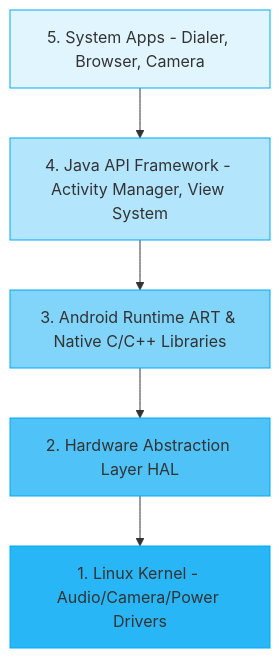
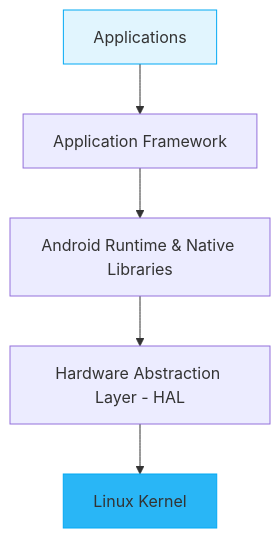
One commit to kaziomarSH24/7th-semester-exam-note changed the diagram in MAD/MAD_Part3_Q36_to_50.md. Above: the diagram before and after it, drawn with Mermaid. The commit also changed other lines of this file and 2 other files, not shown here.

````diff
--- a/MAD/MAD_Part3_Q36_to_50.md
+++ b/MAD/MAD_Part3_Q36_to_50.md
@@ -17,19 +35,10 @@
 ```mermaid
 graph TD
-    A[5. System Apps - Dialer, Browser, Camera]
-    B[4. Java API Framework - Activity Manager, View System]
-    C[3. Android Runtime ART & Native C/C++ Libraries]
-    D[2. Hardware Abstraction Layer HAL]
-    E[1. Linux Kernel - Audio/Camera/Power Drivers]
-    
-    A --> B
-    B --> C
-    C --> D
-    D --> E
+    A[Applications] --> B[Application Framework]
+    B --> C[Android Runtime & Native Libraries]
+    C --> D[Hardware Abstraction Layer - HAL]
+    D --> E[Linux Kernel]
     
     style A fill:#e1f5fe,stroke:#03a9f4
-    style B fill:#b3e5fc,stroke:#03a9f4
-    style C fill:#81d4fa,stroke:#03a9f4
-    style D fill:#4fc3f7,stroke:#03a9f4
     style E fill:#29b6f6,stroke:#03a9f4
 ```
````
